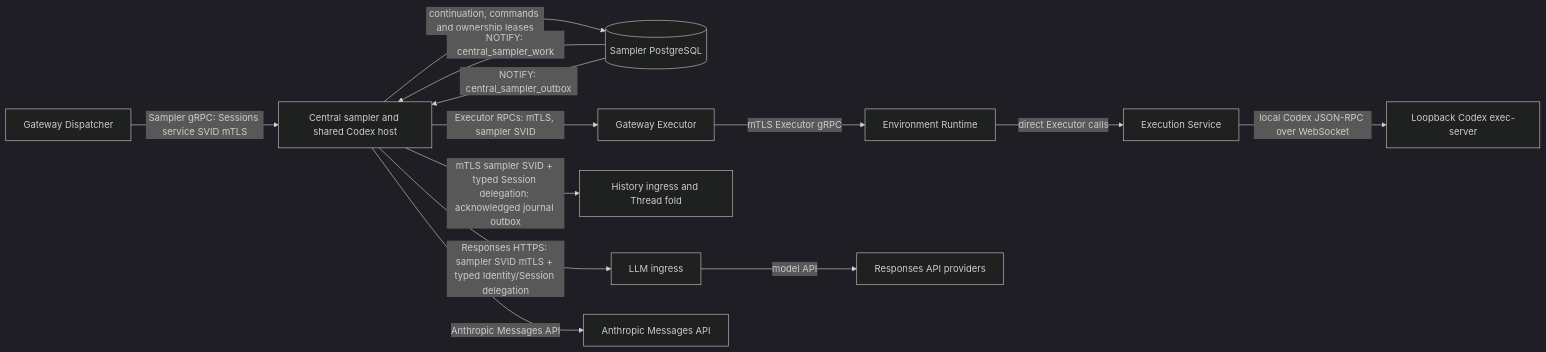
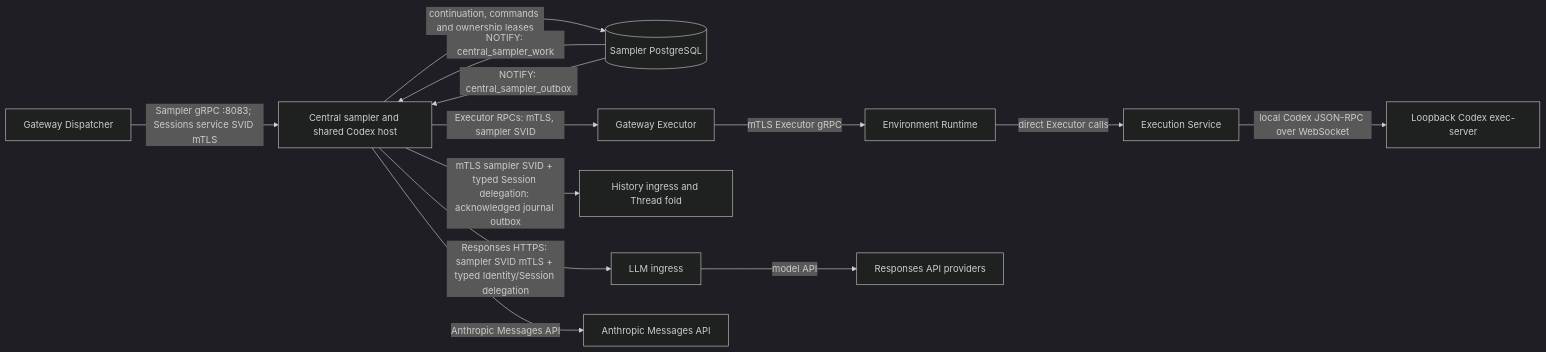
Before and after one commit to agentydragon/ducktape: the fourth of 18 diagrams in agentplane/docs/system_overview.md, drawn with Mermaid (dark theme). The commit also changed other lines of this file and 24 other files, not shown here.

````diff
--- a/agentplane/docs/system_overview.md
+++ b/agentplane/docs/system_overview.md
@@ -386,25 +386,25 @@
 ```mermaid
 flowchart LR
     dispatcher[Gateway Dispatcher]
     sampler[Central sampler and shared Codex host]
     db[(Sampler PostgreSQL)]
     gateway[Gateway Executor]
     runtime[Environment Runtime]
     execution[Execution Service]
     executor[Loopback Codex exec-server]
     history[History ingress and Thread fold]
     llm[LLM ingress]
     responses[Responses API providers]
     anthropic[Anthropic Messages API]
-    dispatcher -->|Sampler gRPC: Sessions service SVID mTLS| sampler
+    dispatcher -->|Sampler gRPC :8083; Sessions service SVID mTLS| sampler
     sampler -->|continuation, commands and ownership leases| db
     db -->|NOTIFY: central_sampler_work| sampler
     db -->|NOTIFY: central_sampler_outbox| sampler
     sampler -->|Executor RPCs: mTLS, sampler SVID| gateway
     gateway -->|mTLS Executor gRPC| runtime
     runtime -->|direct Executor calls| execution
     execution -->|local Codex JSON-RPC over WebSocket| executor
     sampler -->|mTLS sampler SVID + typed Session delegation: acknowledged journal outbox| history
     sampler -->|Responses HTTPS: sampler SVID mTLS + typed Identity/Session delegation| llm -->|model API| responses
     sampler -->|Anthropic Messages API| anthropic
 ```
````
